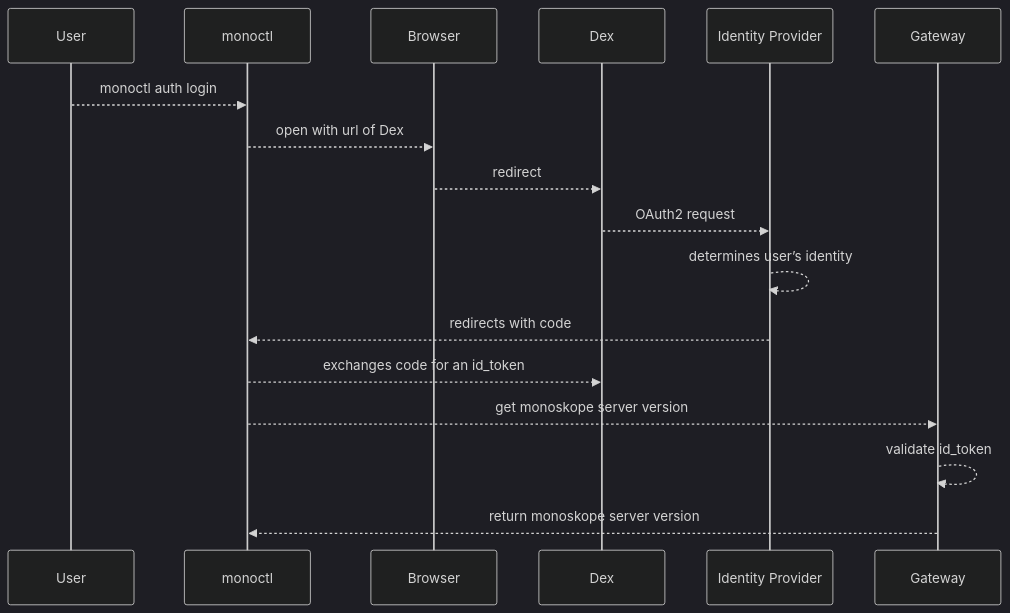
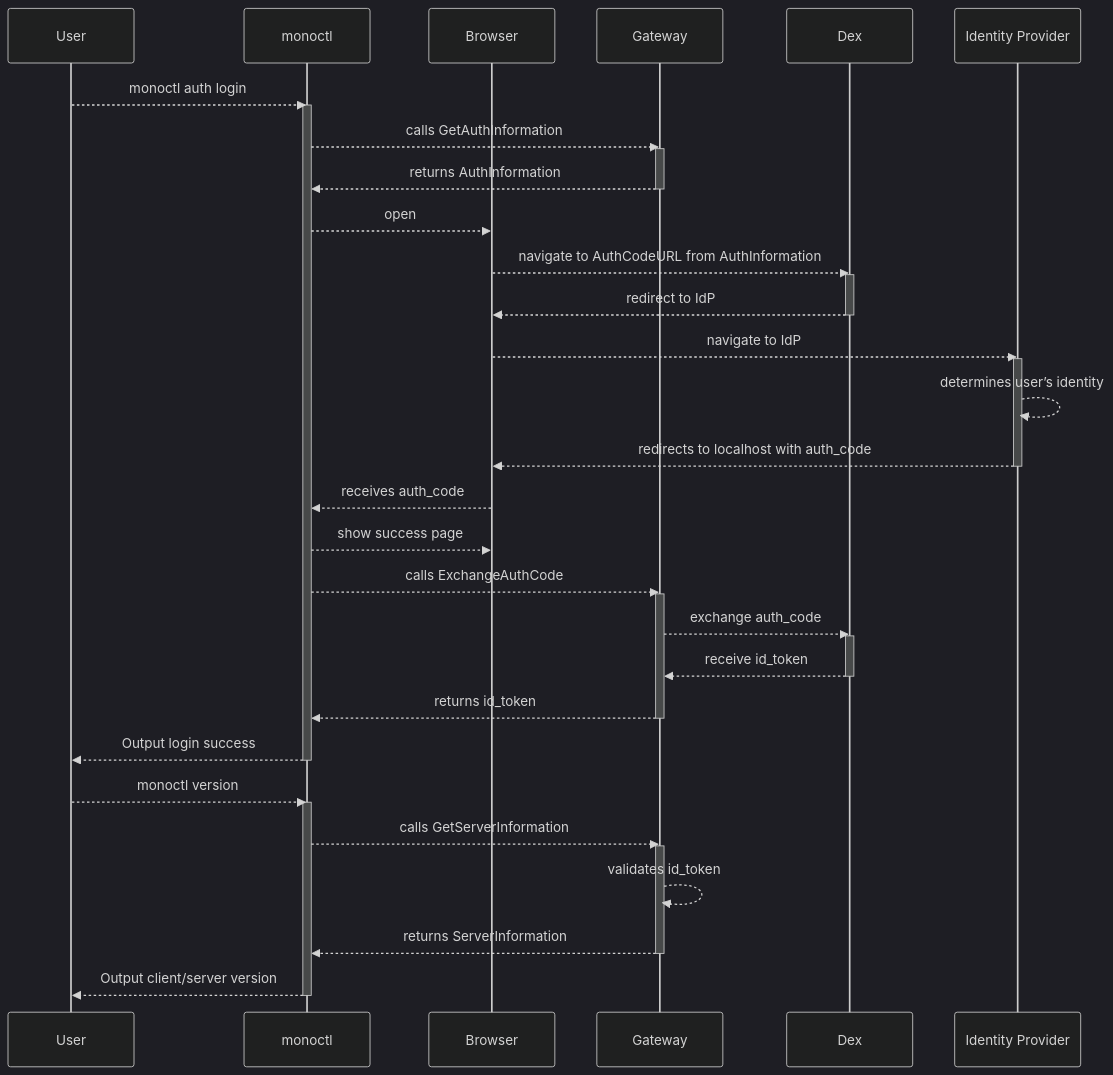
The diagram in docs/flow-charts/sd-monoctl-auth.mmd (finleap-connect/monoskope), drawn with Mermaid (dark theme) before and after one commit. The commit also changed 2 other files, not shown here.

Commit message:
Update sequence diagram

```diff
--- a/docs/flow-charts/sd-monoctl-auth.mmd
+++ b/docs/flow-charts/sd-monoctl-auth.mmd
@@ -1,17 +1,44 @@
 sequenceDiagram
     participant U as User
     participant M as monoctl
     participant B as Browser
+    participant G as Gateway
     participant D as Dex
     participant I as Identity Provider
-    participant G as Gateway
     U-->>M: monoctl auth login
-    M-->>B: open with url of Dex
-    B-->>D: redirect
-    D-->>I: OAuth2 request
+    activate M
+    M-->>G: calls GetAuthInformation
+    activate G
+    G-->>M: returns AuthInformation
+    deactivate G
+    M-->>B: open
+    B-->>D: navigate to AuthCodeURL from AuthInformation
+    activate D
+    D-->>B: redirect to IdP
+    deactivate D
+    B-->>I: navigate to IdP
+    activate I
     I-->>I: determines user’s identity
-    I-->>M: redirects with code
-    M-->>D: exchanges code for an id_token
-    M-->>G: get monoskope server version
-    G-->>G: validate id_token
-    G-->>M: return monoskope server version
+    I-->>B: redirects to localhost with auth_code
+    deactivate I
+    B-->>M: receives auth_code
+    M-->>B: show success page
+    M-->>G: calls ExchangeAuthCode
+    activate G
+    G-->>D: exchange auth_code
+    activate D
+    D-->>G: receive id_token
+    deactivate D
+    G-->>M: returns id_token
+    deactivate G
+    M-->>U: Output login success
+    deactivate M
+    U-->>M: monoctl version
+    activate M
+    M-->>G: calls GetServerInformation
+    activate G
+    G-->>G: validates id_token
+    G-->>M: returns ServerInformation
+    deactivate G
+    M-->>U: Output client/server version
+    deactivate M
```
